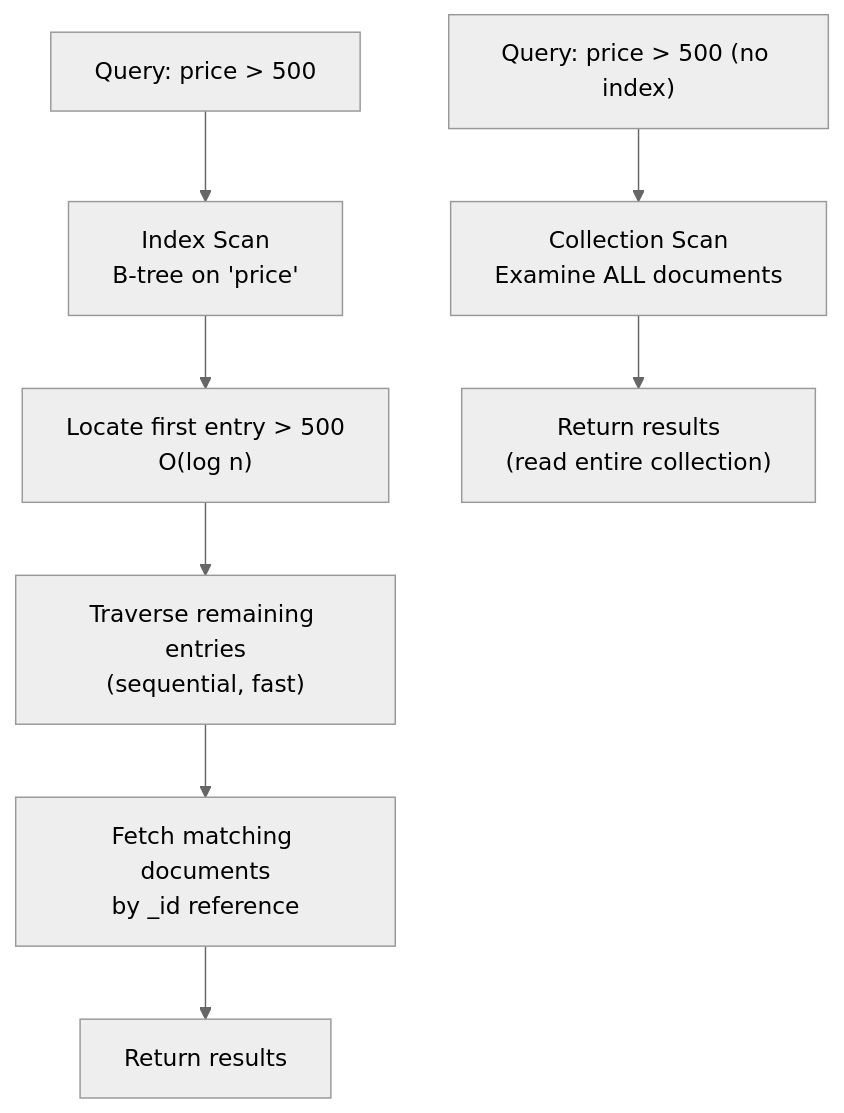
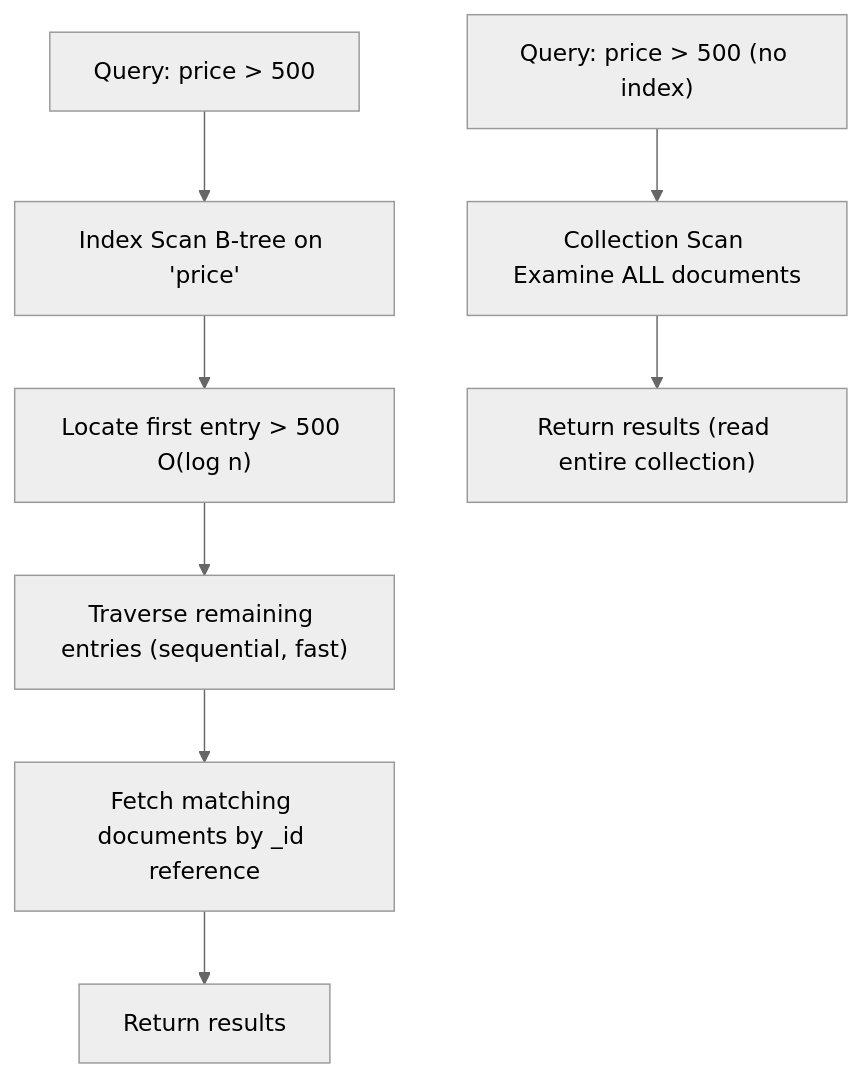
One commit to afekash/project_shopflow-afek changed the diagram in materials/nosql/03-mongodb-basics/03-indexes-and-performance.md. Above: the diagram before and after it, drawn with Mermaid (neutral theme). The commit also changed 78 other files, not shown here.

````diff
--- a/materials/nosql/03-mongodb-basics/03-indexes-and-performance.md
+++ b/materials/nosql/03-mongodb-basics/03-indexes-and-performance.md
@@ -23,11 +23,11 @@
 ```mermaid
 graph TD
-    Query["Query: price > 500"] --> IndexScan["Index Scan\nB-tree on 'price'"]
-    IndexScan --> Locate["Locate first entry > 500\nO(log n)"]
-    Locate --> Traverse["Traverse remaining entries\n(sequential, fast)"]
-    Traverse --> DocFetch["Fetch matching documents\nby _id reference"]
+    Query["Query: price > 500"] --> IndexScan["Index Scan B-tree on 'price'"]
+    IndexScan --> Locate["Locate first entry > 500 O(log n)"]
+    Locate --> Traverse["Traverse remaining entries (sequential, fast)"]
+    Traverse --> DocFetch["Fetch matching documents by _id reference"]
     DocFetch --> Result["Return results"]
     
-    Query2["Query: price > 500 (no index)"] --> CollScan["Collection Scan\nExamine ALL documents"]
-    CollScan --> Result2["Return results\n(read entire collection)"]
+    Query2["Query: price > 500 (no index)"] --> CollScan["Collection Scan Examine ALL documents"]
+    CollScan --> Result2["Return results (read entire collection)"]
 ```
````
